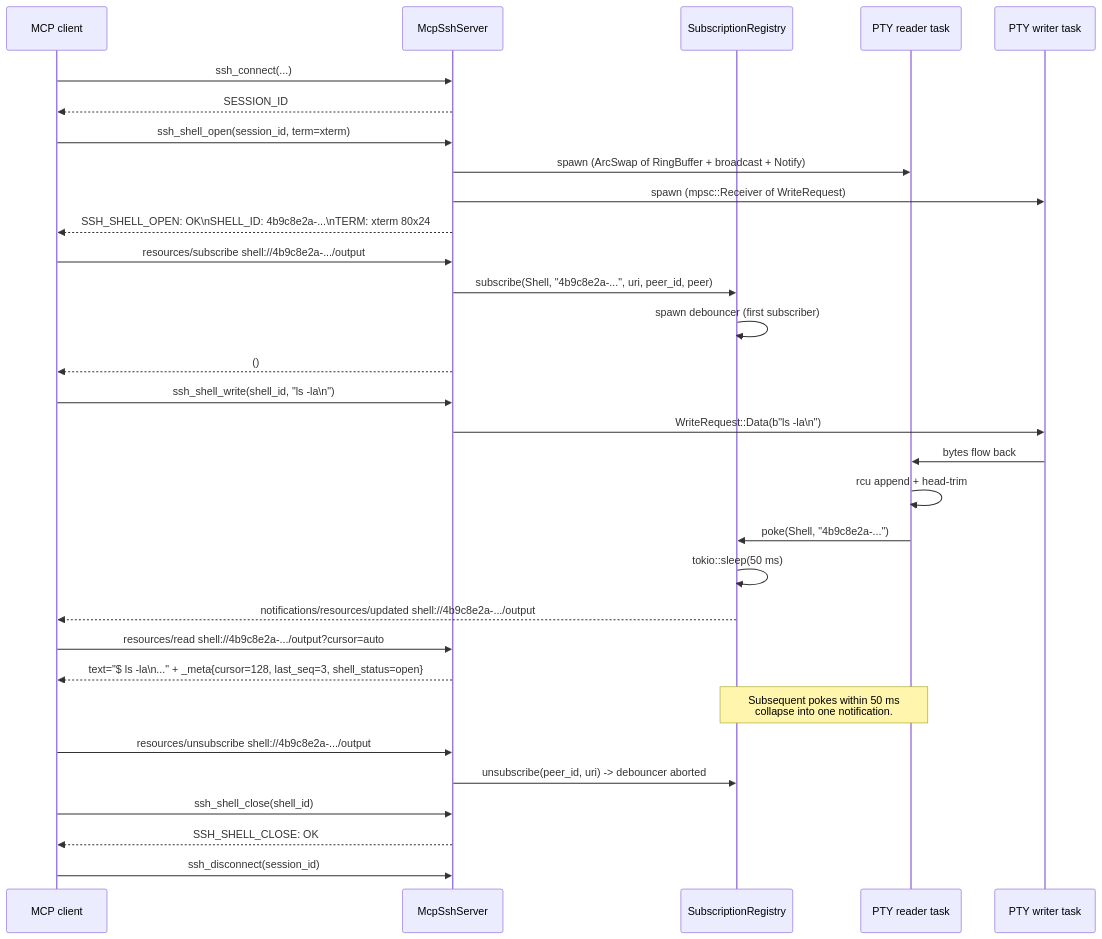
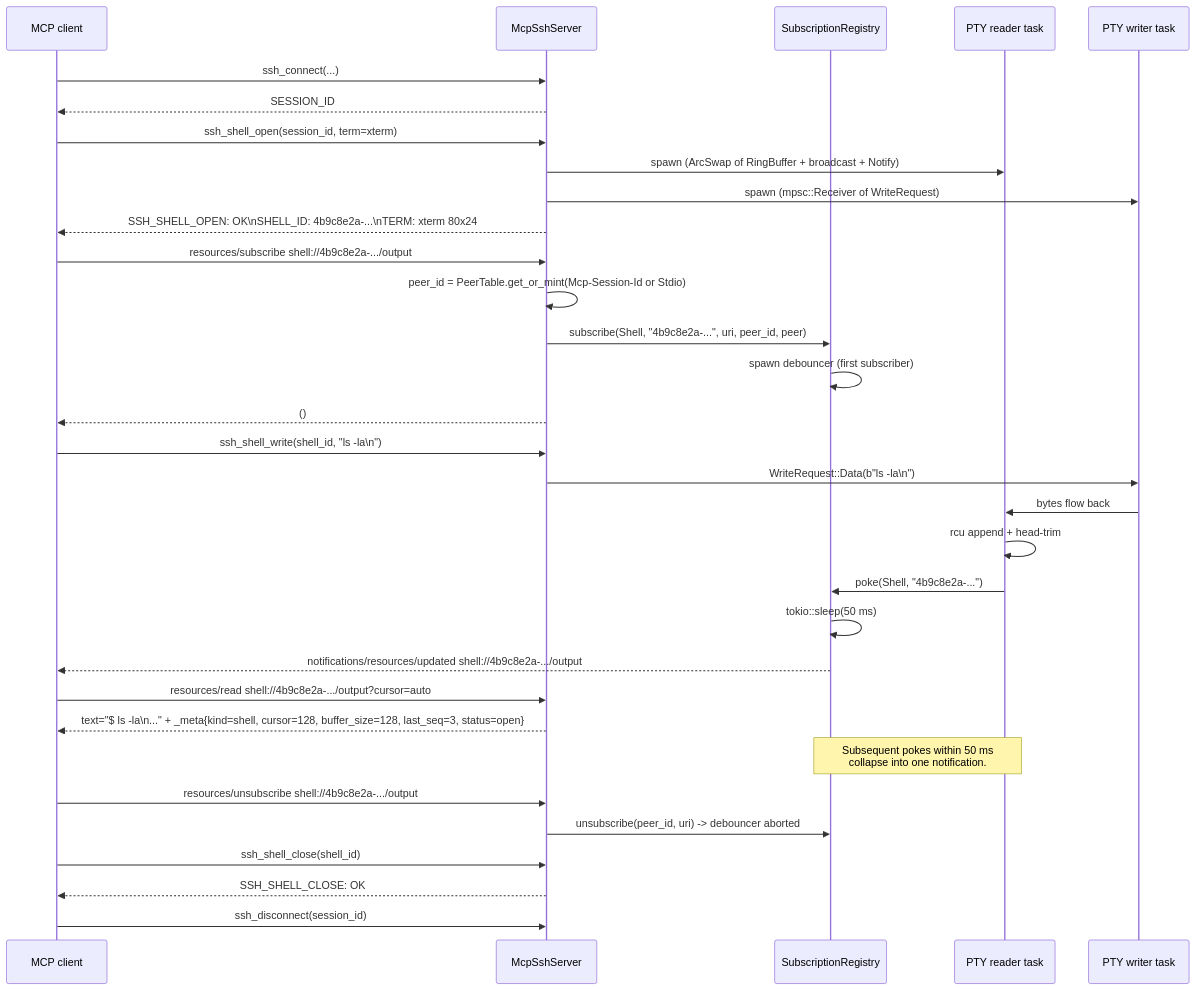
Before and after one commit to farchanjo/ssh-mcp: the second of 11 diagrams in docs/FLOWS.md, drawn with Mermaid. The commit also changed other lines of this file and 6 other files, not shown here.

First line of the commit message:
docs(v4.5): sync LLM_GUIDE/API/ERRORS/RESOURCES/FLOWS to v4.5.0 surface

````diff
--- a/docs/FLOWS.md
+++ b/docs/FLOWS.md
@@ -52,42 +52,43 @@
 ```mermaid
 sequenceDiagram
     participant Client as MCP client
     participant Server as McpSshServer
     participant Reg as SubscriptionRegistry
     participant Reader as PTY reader task
     participant Writer as PTY writer task
 
     Client->>Server: ssh_connect(...)
     Server-->>Client: SESSION_ID
 
     Client->>Server: ssh_shell_open(session_id, term=xterm)
     Server->>Reader: spawn (ArcSwap of RingBuffer + broadcast + Notify)
     Server->>Writer: spawn (mpsc::Receiver of WriteRequest)
     Server-->>Client: SSH_SHELL_OPEN: OK\nSHELL_ID: 4b9c8e2a-...\nTERM: xterm 80x24
 
     Client->>Server: resources/subscribe shell://4b9c8e2a-.../output
+    Server->>Server: peer_id = PeerTable.get_or_mint(Mcp-Session-Id or Stdio)
     Server->>Reg: subscribe(Shell, "4b9c8e2a-...", uri, peer_id, peer)
     Reg->>Reg: spawn debouncer (first subscriber)
     Server-->>Client: ()
 
     Client->>Server: ssh_shell_write(shell_id, "ls -la\n")
     Server->>Writer: WriteRequest::Data(b"ls -la\n")
     Writer->>Reader: bytes flow back
     Reader->>Reader: rcu append + head-trim
     Reader->>Reg: poke(Shell, "4b9c8e2a-...")
 
     Reg->>Reg: tokio::sleep(50 ms)
     Reg-->>Client: notifications/resources/updated shell://4b9c8e2a-.../output
 
     Client->>Server: resources/read shell://4b9c8e2a-.../output?cursor=auto
-    Server-->>Client: text="$ ls -la\n..." + _meta{cursor=128, last_seq=3, shell_status=open}
+    Server-->>Client: text="$ ls -la\n..." + _meta{kind=shell, cursor=128, buffer_size=128, last_seq=3, status=open}
 
     Note over Reader,Reg: Subsequent pokes within 50 ms<br/>collapse into one notification.
 
     Client->>Server: resources/unsubscribe shell://4b9c8e2a-.../output
     Server->>Reg: unsubscribe(peer_id, uri) -> debouncer aborted
 
     Client->>Server: ssh_shell_close(shell_id)
     Server-->>Client: SSH_SHELL_CLOSE: OK
     Client->>Server: ssh_disconnect(session_id)
 ```
````
